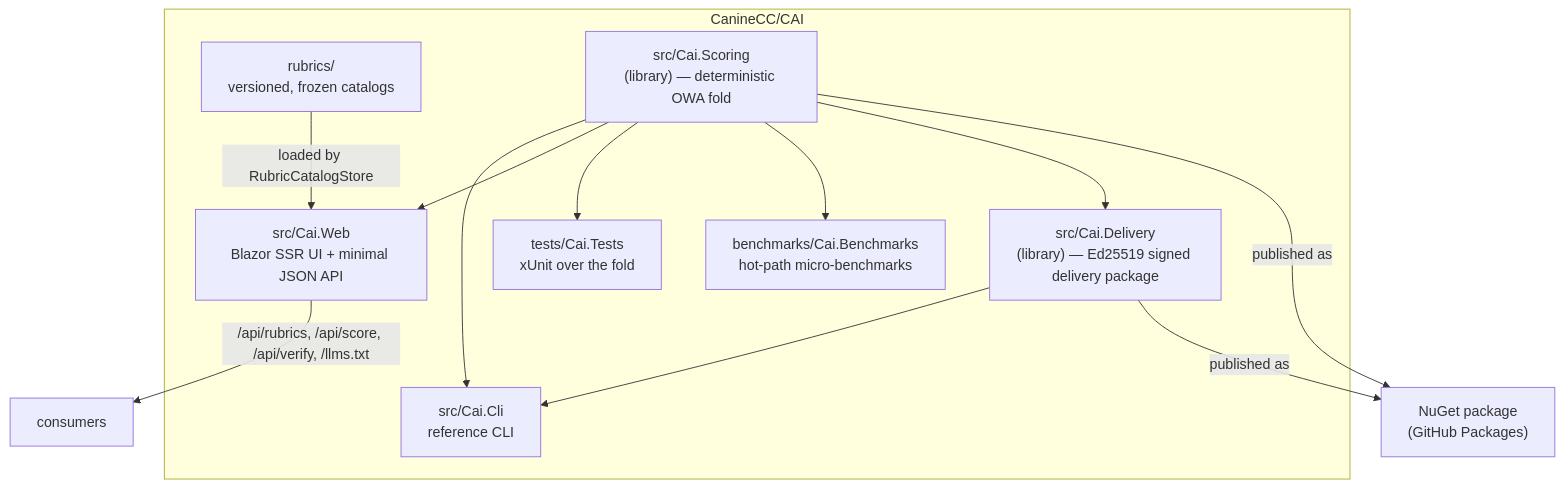
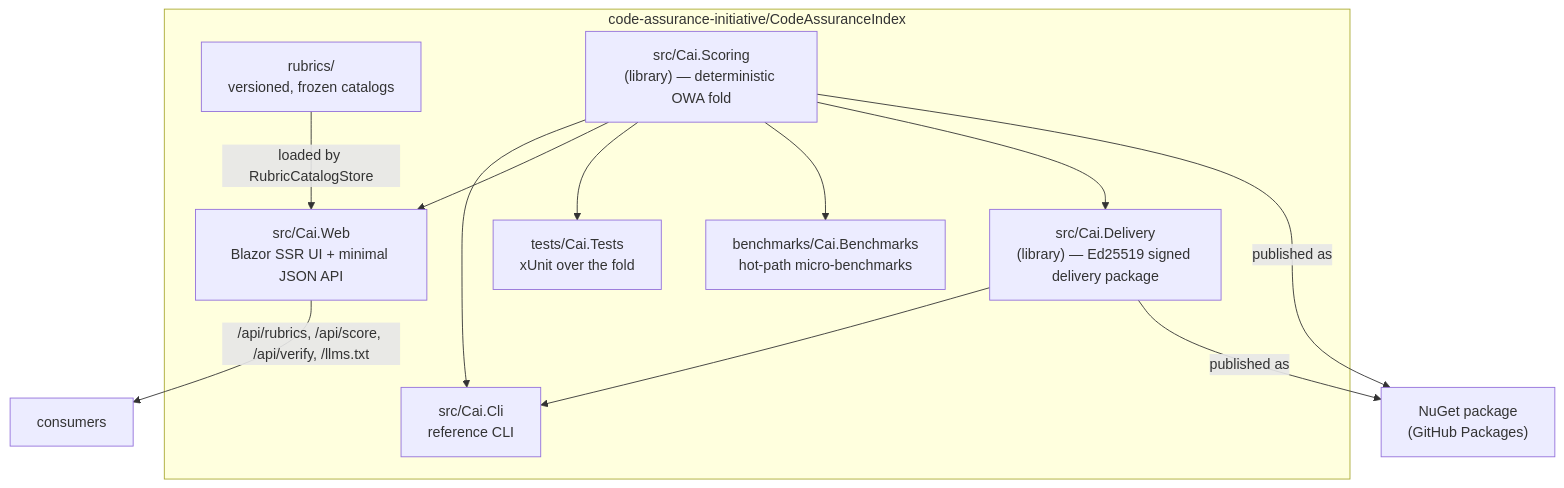
One commit to CanineCC/CAI changed the second of 2 diagrams in docs/architecture.md. Above: the diagram before and after it, drawn with Mermaid. The commit also changed 15 other files, not shown here.

First line of the commit message:
chore(org)!: point every reference at code-assurance-initiative

````diff
--- a/docs/architecture.md
+++ b/docs/architecture.md
@@ -25,23 +25,23 @@
 ```mermaid
 flowchart TD
-    subgraph repo["CanineCC/CAI"]
+    subgraph repo["code-assurance-initiative/CodeAssuranceIndex"]
         rubrics["rubrics/<br/>versioned, frozen catalogs"]
         scoring["src/Cai.Scoring<br/>(library) — deterministic OWA fold"]
         delivery["src/Cai.Delivery<br/>(library) — Ed25519 signed delivery package"]
         cli["src/Cai.Cli<br/>reference CLI"]
         web["src/Cai.Web<br/>Blazor SSR UI + minimal JSON API"]
         tests["tests/Cai.Tests<br/>xUnit over the fold"]
         bench["benchmarks/Cai.Benchmarks<br/>hot-path micro-benchmarks"]
     end
     nuget["NuGet package<br/>(GitHub Packages)"]
     rubrics -->|loaded by RubricCatalogStore| web
     scoring --> cli
     scoring --> web
     scoring --> tests
     scoring --> bench
     scoring --> delivery
     delivery --> cli
     scoring -->|published as| nuget
     delivery -->|published as| nuget
     web -->|/api/rubrics, /api/score, /api/verify, /llms.txt| consumer["consumers"]
 ```
````
